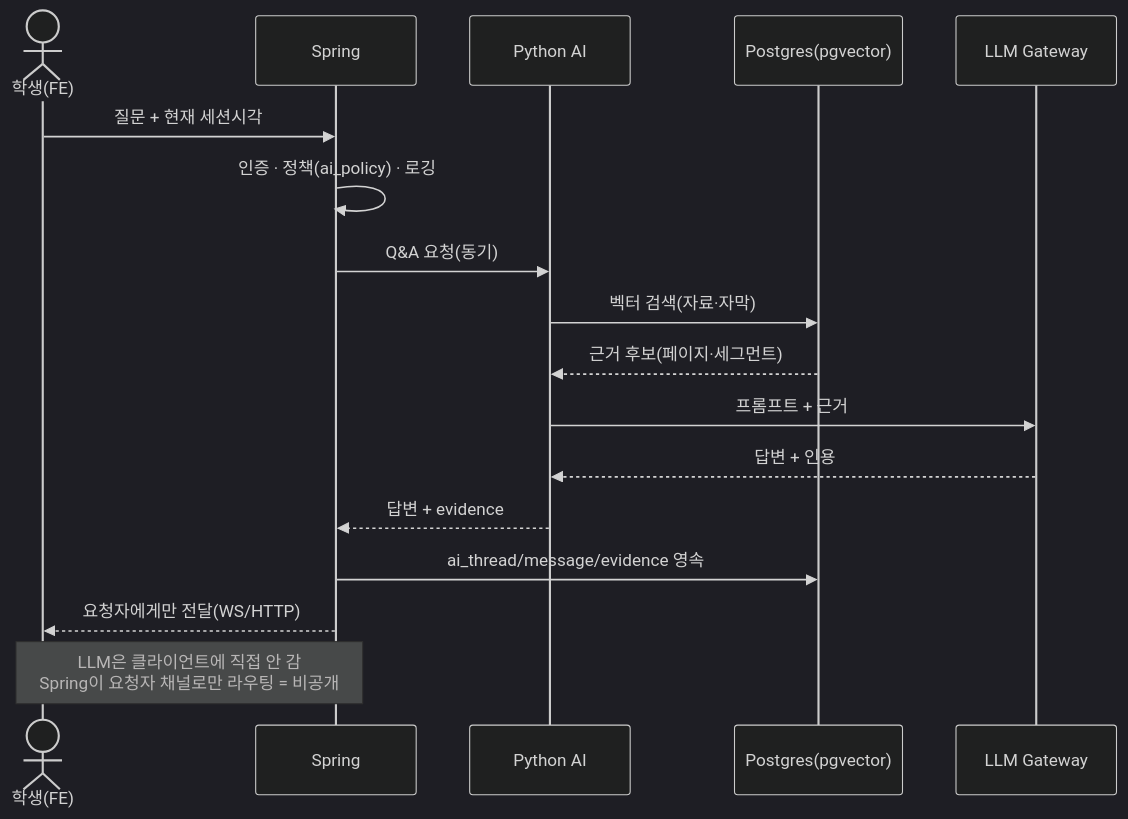
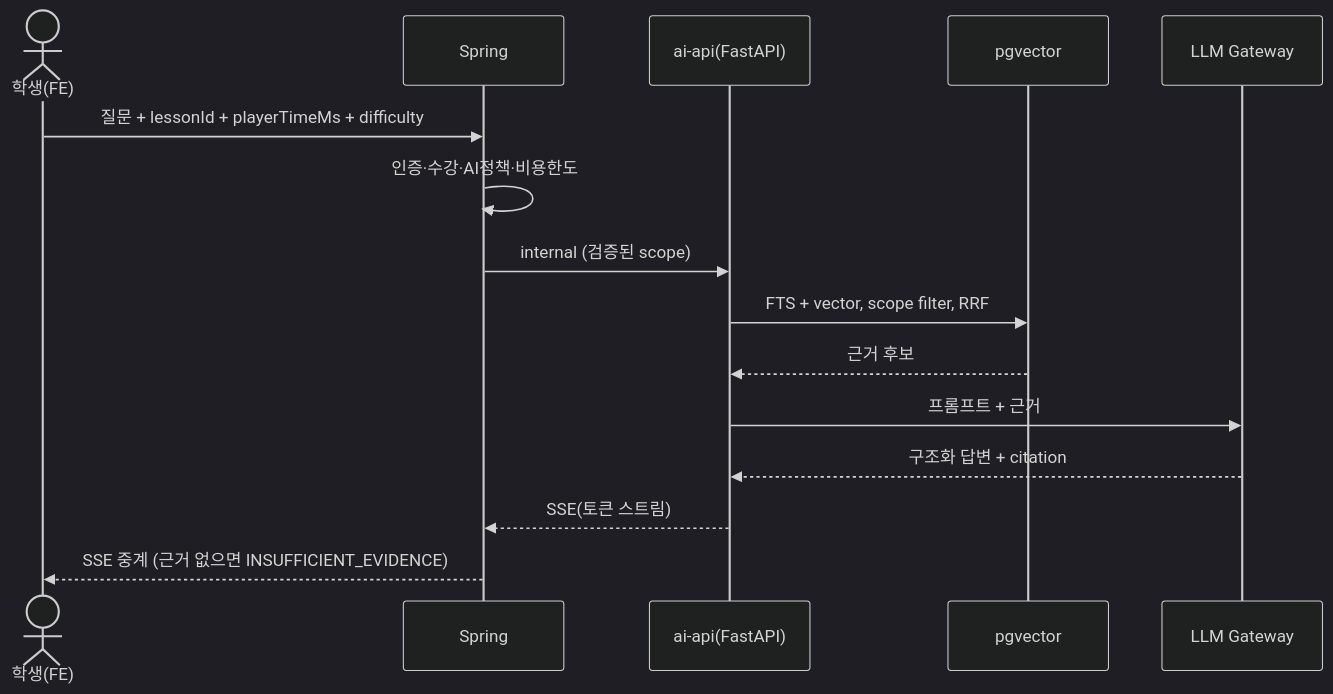
One commit to thdwjdrl401/jiphyeonjeon changed the third of 4 diagrams in docs/architecture.md. Above: the diagram before and after it, drawn with Mermaid (dark theme). The commit also changed other lines of this file, not shown here.

First line of the commit message:
docs: architecture.md 기획서 반영 확정판 재작성

````diff
--- a/docs/architecture.md
+++ b/docs/architecture.md
@@ -121,20 +99,17 @@
 ```mermaid
 sequenceDiagram
   actor S as 학생(FE)
   participant SP as Spring
-  participant PY as Python AI
-  participant PG as Postgres(pgvector)
+  participant API as ai-api(FastAPI)
+  participant PG as pgvector
   participant GW as LLM Gateway
-
-  S->>SP: 질문 + 현재 세션시각
-  SP->>SP: 인증 · 정책(ai_policy) · 로깅
-  SP->>PY: Q&A 요청(동기)
-  PY->>PG: 벡터 검색(자료·자막)
-  PG-->>PY: 근거 후보(페이지·세그먼트)
-  PY->>GW: 프롬프트 + 근거
-  GW-->>PY: 답변 + 인용
-  PY-->>SP: 답변 + evidence
-  SP->>PG: ai_thread/message/evidence 영속
-  SP-->>S: 요청자에게만 전달(WS/HTTP)
-  Note over SP,S: LLM은 클라이언트에 직접 안 감<br/>Spring이 요청자 채널로만 라우팅 = 비공개
+  S->>SP: 질문 + lessonId + playerTimeMs + difficulty
+  SP->>SP: 인증·수강·AI정책·비용한도
+  SP->>API: internal (검증된 scope)
+  API->>PG: FTS + vector, scope filter, RRF
+  PG-->>API: 근거 후보
+  API->>GW: 프롬프트 + 근거
+  GW-->>API: 구조화 답변 + citation
+  API-->>SP: SSE(토큰 스트림)
+  SP-->>S: SSE 중계 (근거 없으면 INSUFFICIENT_EVIDENCE)
 ```
````
